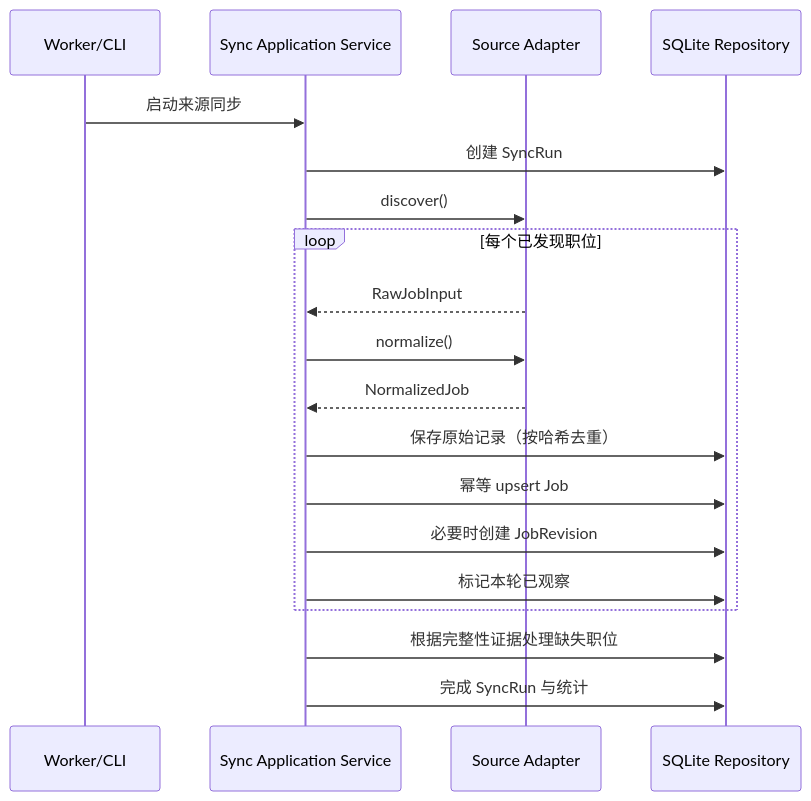
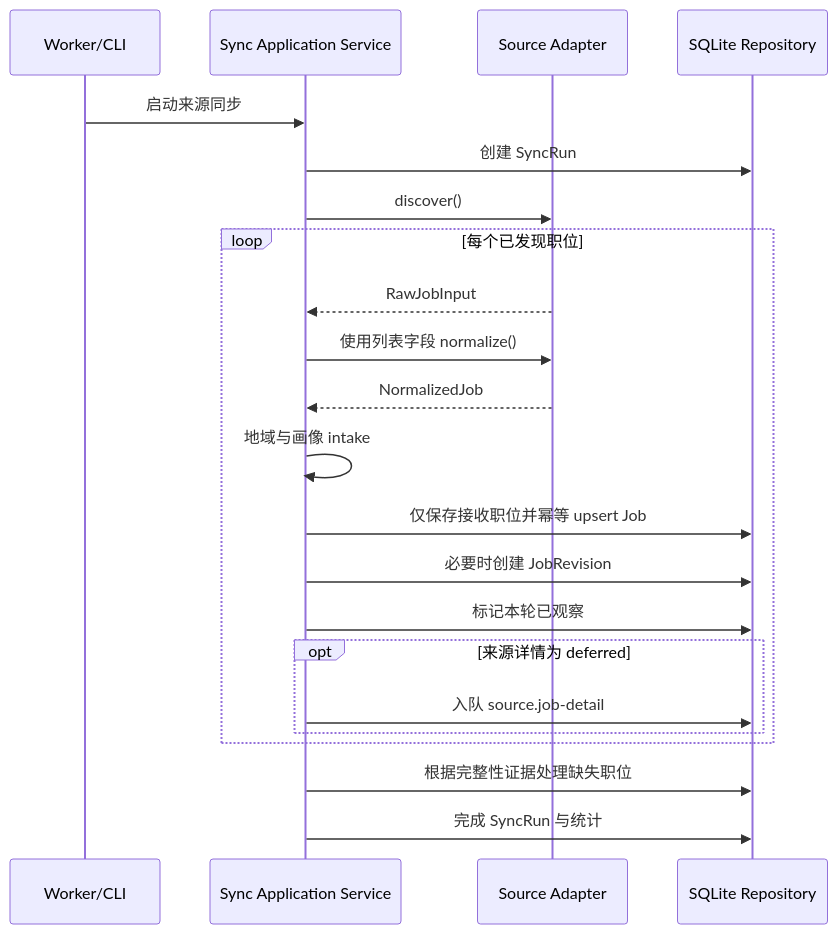
One commit to MonarchMan/JobHunter changed the sixth of 7 diagrams in docs/arch/overall-arch.md. Above: the diagram before and after it, drawn with Mermaid. The commit also changed other lines of this file and 33 other files, not shown here.

````diff
--- a/docs/arch/overall-arch.md
+++ b/docs/arch/overall-arch.md
@@ -464,22 +464,25 @@
 ```mermaid
 sequenceDiagram
     participant W as Worker/CLI
     participant E as Sync Application Service
     participant A as Source Adapter
     participant D as SQLite Repository
 
     W->>E: 启动来源同步
     E->>D: 创建 SyncRun
     E->>A: discover()
     loop 每个已发现职位
         A-->>E: RawJobInput
-        E->>A: normalize()
+        E->>A: 使用列表字段 normalize()
         A-->>E: NormalizedJob
-        E->>D: 保存原始记录（按哈希去重）
-        E->>D: 幂等 upsert Job
+        E->>E: 地域与画像 intake
+        E->>D: 仅保存接收职位并幂等 upsert Job
         E->>D: 必要时创建 JobRevision
         E->>D: 标记本轮已观察
+        opt 来源详情为 deferred
+            E->>D: 入队 source.job-detail
+        end
     end
     E->>D: 根据完整性证据处理缺失职位
     E->>D: 完成 SyncRun 与统计
 ```
````
